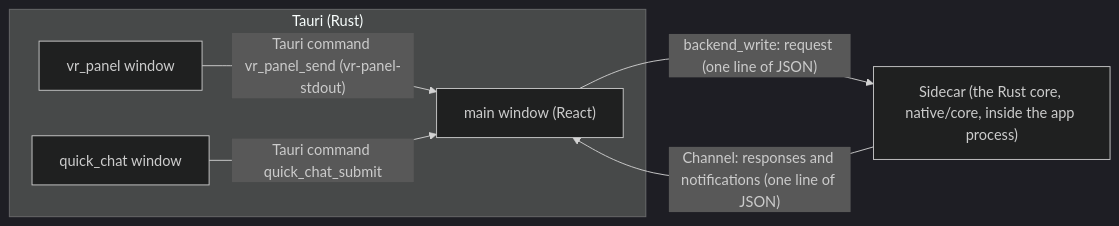
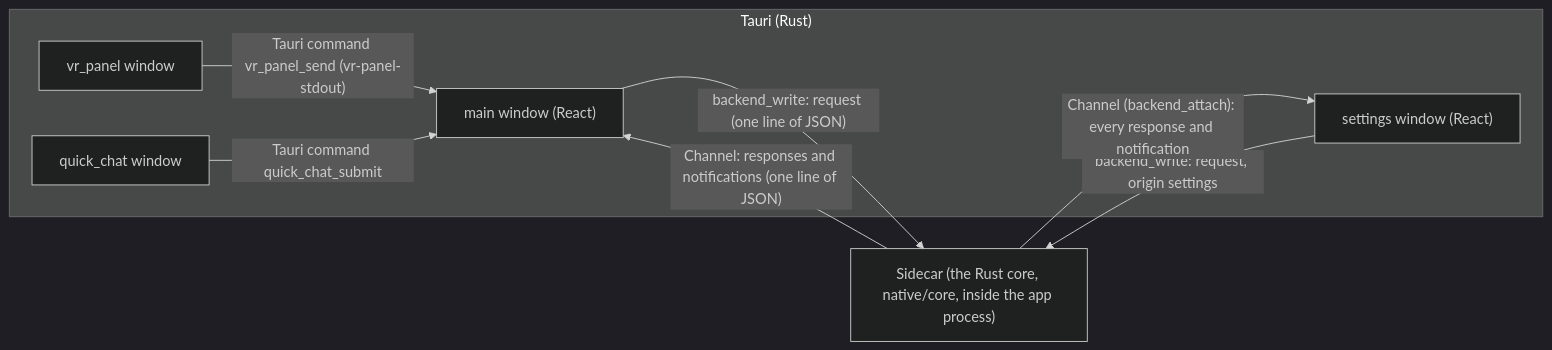
One commit to kein5/astarot changed the first of 4 diagrams in docs/spec/ipc-protocol.md. Above: the diagram before and after it, drawn with Mermaid (dark theme). The commit also changed other lines of this file and 2 other files, not shown here.

First line of the commit message:
docs(spec): describe the settings window

````diff
--- a/docs/spec/ipc-protocol.md
+++ b/docs/spec/ipc-protocol.md
@@ -11,13 +11,16 @@
 ```mermaid
 flowchart LR
   subgraph Tauri["Tauri (Rust)"]
     main["main window (React)"]
+    settings["settings window (React)"]
     vr["vr_panel window"]
     qc["quick_chat window"]
   end
   side["Sidecar (the Rust core, native/core, inside the app process)"]
   main -- "backend_write: request (one line of JSON)" --> side
   side -- "Channel: responses and notifications (one line of JSON)" --> main
+  settings -- "backend_write: request, origin settings" --> side
+  side -- "Channel (backend_attach): every response and notification" --> settings
   vr -- "Tauri command vr_panel_send (vr-panel-stdout)" --> main
   qc -- "Tauri command quick_chat_submit" --> main
 ```
````
